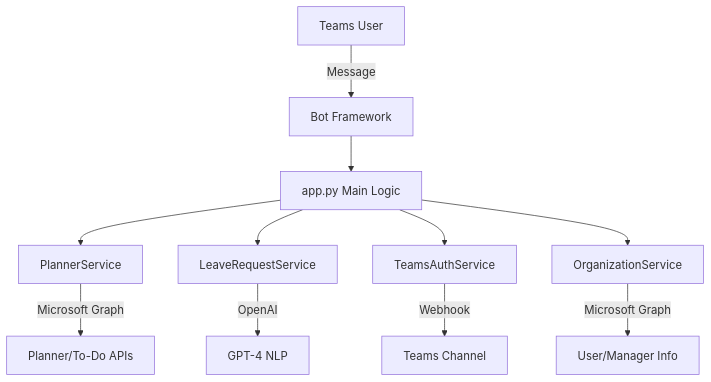
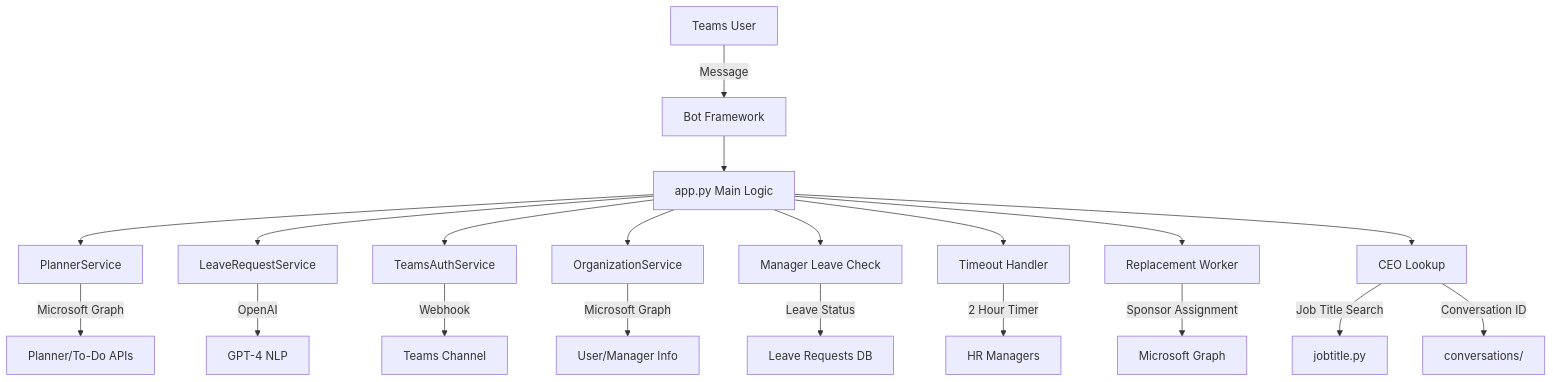
One commit to Tuvshinjarga1/pmt-bro-01 changed the diagram in README.md. Above: the diagram before and after it, drawn with Mermaid. The commit also changed other lines of this file and 5 other files, not shown here.

Commit message:
ceo ruu igleeh, ahlah ruu ilgeeh, uvchtei bol manager ruu ne ilgeeh

````diff
--- a/README.md
+++ b/README.md
@@ -192,14 +238,23 @@
 ```mermaid
 graph TD
     A[Teams User] -->|Message| B[Bot Framework]
     B --> C[app.py Main Logic]
     C --> D[PlannerService]
     C --> E[LeaveRequestService]
     C --> F[TeamsAuthService]
     C --> G[OrganizationService]
+    C --> L[Manager Leave Check]
+    C --> M[Timeout Handler]
+    C --> N[Replacement Worker]
+    C --> R[CEO Lookup]
 
     D -->|Microsoft Graph| H[Planner/To-Do APIs]
     E -->|OpenAI| I[GPT-4 NLP]
     F -->|Webhook| J[Teams Channel]
     G -->|Microsoft Graph| K[User/Manager Info]
+    L -->|Leave Status| O[Leave Requests DB]
+    M -->|2 Hour Timer| P[HR Managers]
+    N -->|Sponsor Assignment| Q[Microsoft Graph]
+    R -->|Job Title Search| S[jobtitle.py]
+    R -->|Conversation ID| T[conversations/]
 ```
````
